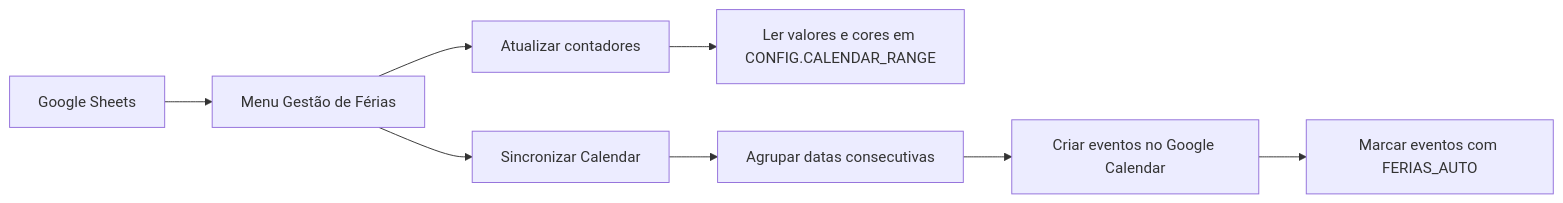
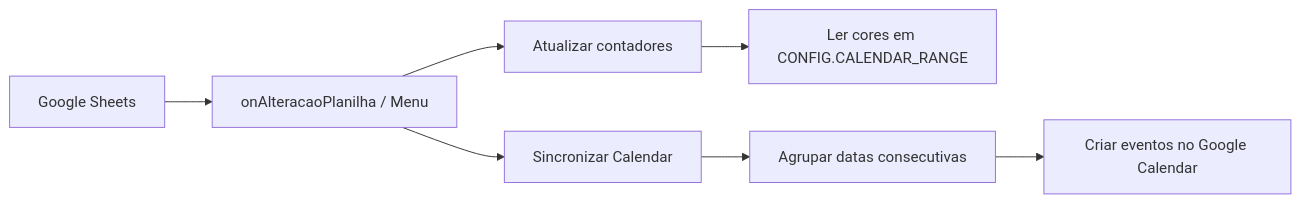
Before and after one commit to emanuwells/Vacation_Mode: the diagram in README.md, drawn with Mermaid. The commit also changed other lines of this file and 13 other files, not shown here.

````diff
--- a/README.md
+++ b/README.md
@@ -204,10 +129,9 @@
 ```mermaid
 flowchart LR
-  A[Google Sheets] --> B[Menu Gestão de Férias]
+  A[Google Sheets] --> B[onAlteracaoPlanilha / Menu]
   B --> C[Atualizar contadores]
   B --> D[Sincronizar Calendar]
-  C --> E[Ler valores e cores em CONFIG.CALENDAR_RANGE]
+  C --> E[Ler cores em CONFIG.CALENDAR_RANGE]
   D --> F[Agrupar datas consecutivas]
   F --> G[Criar eventos no Google Calendar]
-  G --> H[Marcar eventos com FERIAS_AUTO]
 ```
````
